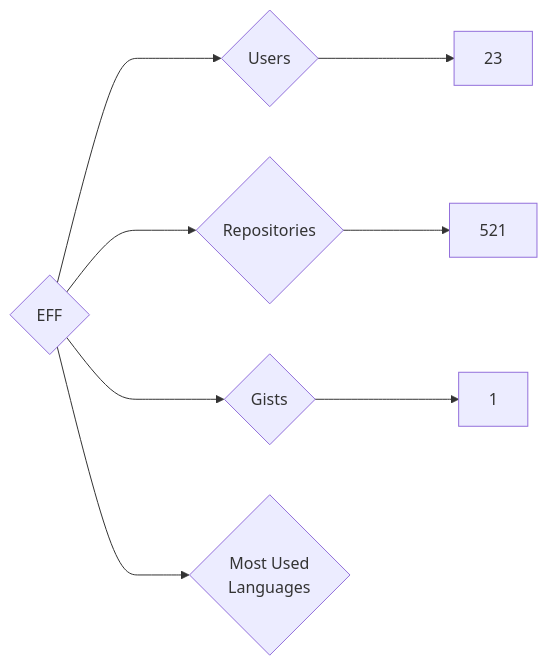
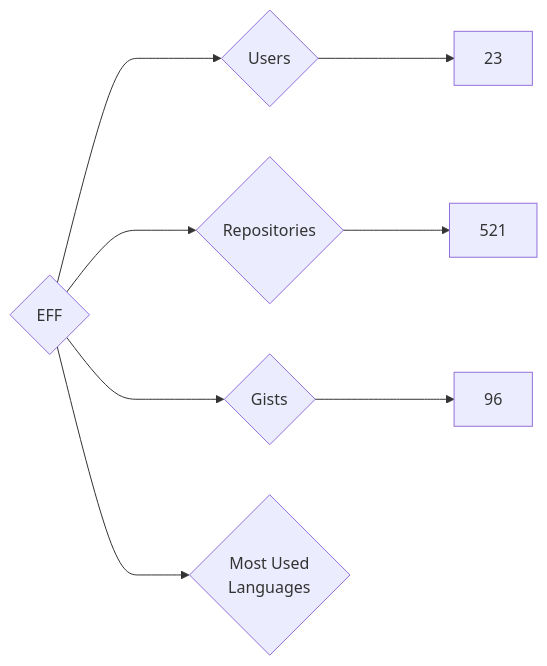
The diagram in targets/EFF/README.md (nenadzaric/insiders), drawn with Mermaid before and after one commit. The commit also changed 1342 other files, not shown here.

````diff
--- a/targets/EFF/README.md
+++ b/targets/EFF/README.md
@@ -3,8 +3,8 @@
 ```mermaid
 graph LR
 COMPANY_NAME{EFF}
 COMPANY_NAME ---> U{Users} ---> UN[23]
 COMPANY_NAME ---> R{Repositories} ---> RN[521]
-COMPANY_NAME ---> G{Gists} ---> GN[1]
+COMPANY_NAME ---> G{Gists} ---> GN[96]
 COMPANY_NAME ---> ML{Most Used<br>Languages}
 ```
````
